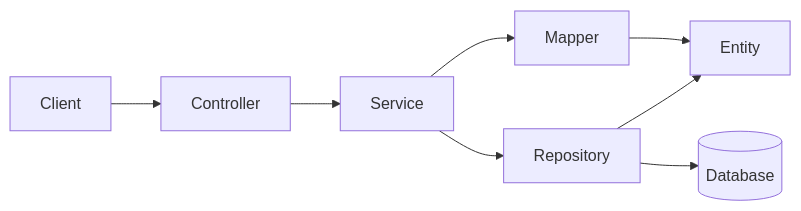
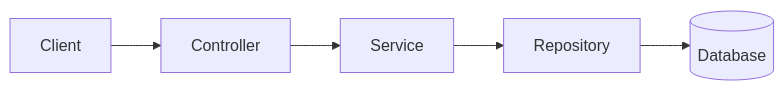
The diagram in ARCHITECTURE.md (argenisleond/navan-commerce-transactions), drawn with Mermaid before and after one commit.

Commit message:
docs: clarify architecture flow

````diff
--- a/ARCHITECTURE.md
+++ b/ARCHITECTURE.md
@@ -11,10 +11,7 @@
 ```mermaid
 flowchart LR
     Client --> Controller
     Controller --> Service
-    Service --> Mapper
-    Mapper --> Entity
     Service --> Repository
-    Repository --> Entity
     Repository --> Database[(Database)]
 ```
````
